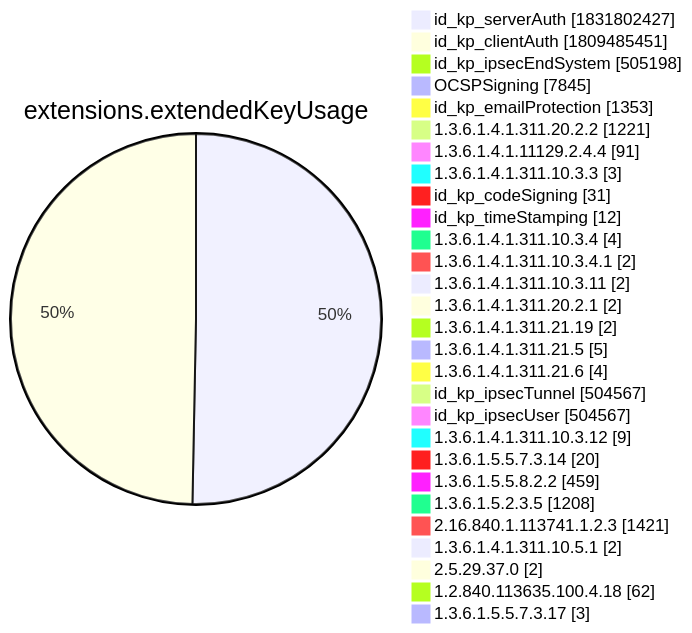
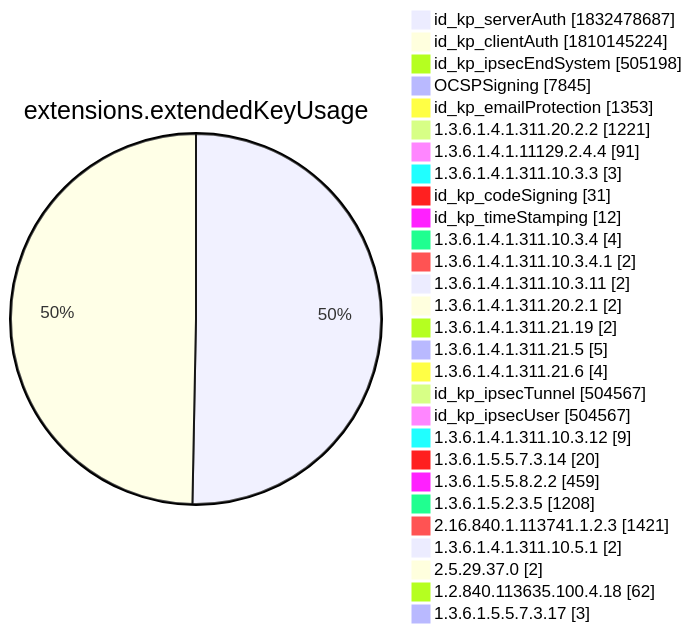
One commit to christiankrug/ctmonitor_visualization changed diagram 12 of 15 in xenon2022/README.md. Above: the diagram before and after it, drawn with Mermaid. The commit also changed other lines of this file, not shown here.

````diff
--- a/xenon2022/README.md
+++ b/xenon2022/README.md
@@ -3896,32 +3896,32 @@
 ```mermaid
 pie showData
 title extensions.extendedKeyUsage
-"id_kp_serverAuth" :1831802427
-"id_kp_clientAuth" :1809485451
+"id_kp_serverAuth" :1832478687
+"id_kp_clientAuth" :1810145224
 "id_kp_ipsecEndSystem" :505198
 "OCSPSigning" :7845
 "id_kp_emailProtection" :1353
 "1.3.6.1.4.1.311.20.2.2" :1221
 "1.3.6.1.4.1.11129.2.4.4" :91
 "1.3.6.1.4.1.311.10.3.3" :3
 "id_kp_codeSigning" :31
 "id_kp_timeStamping" :12
 "1.3.6.1.4.1.311.10.3.4" :4
 "1.3.6.1.4.1.311.10.3.4.1" :2
 "1.3.6.1.4.1.311.10.3.11" :2
 "1.3.6.1.4.1.311.20.2.1" :2
 "1.3.6.1.4.1.311.21.19" :2
 "1.3.6.1.4.1.311.21.5" :5
 "1.3.6.1.4.1.311.21.6" :4
 "id_kp_ipsecTunnel" :504567
 "id_kp_ipsecUser" :504567
 "1.3.6.1.4.1.311.10.3.12" :9
 "1.3.6.1.5.5.7.3.14" :20
 "1.3.6.1.5.5.8.2.2" :459
 "1.3.6.1.5.2.3.5" :1208
 "2.16.840.1.113741.1.2.3" :1421
 "1.3.6.1.4.1.311.10.5.1" :2
 "2.5.29.37.0" :2
 "1.2.840.113635.100.4.18" :62
 "1.3.6.1.5.5.7.3.17" :3
 ```
````
